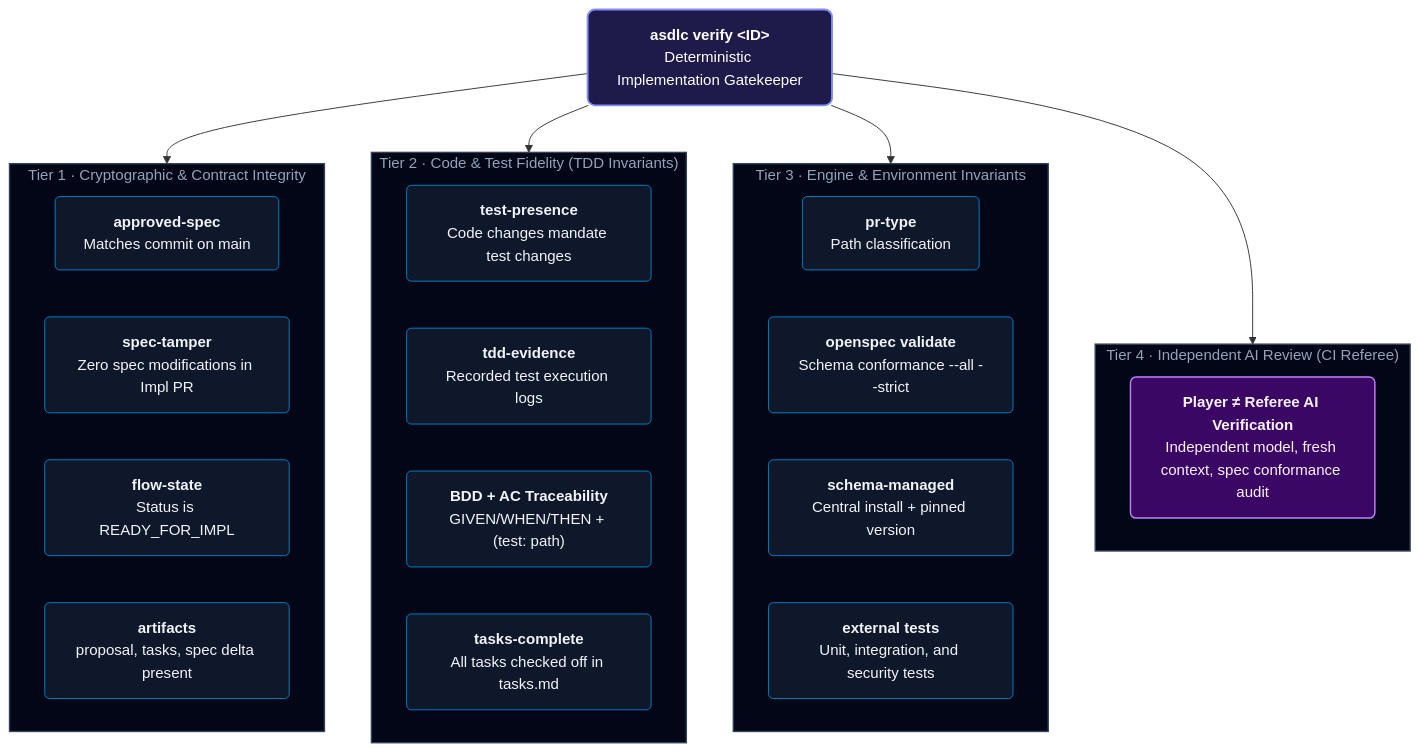
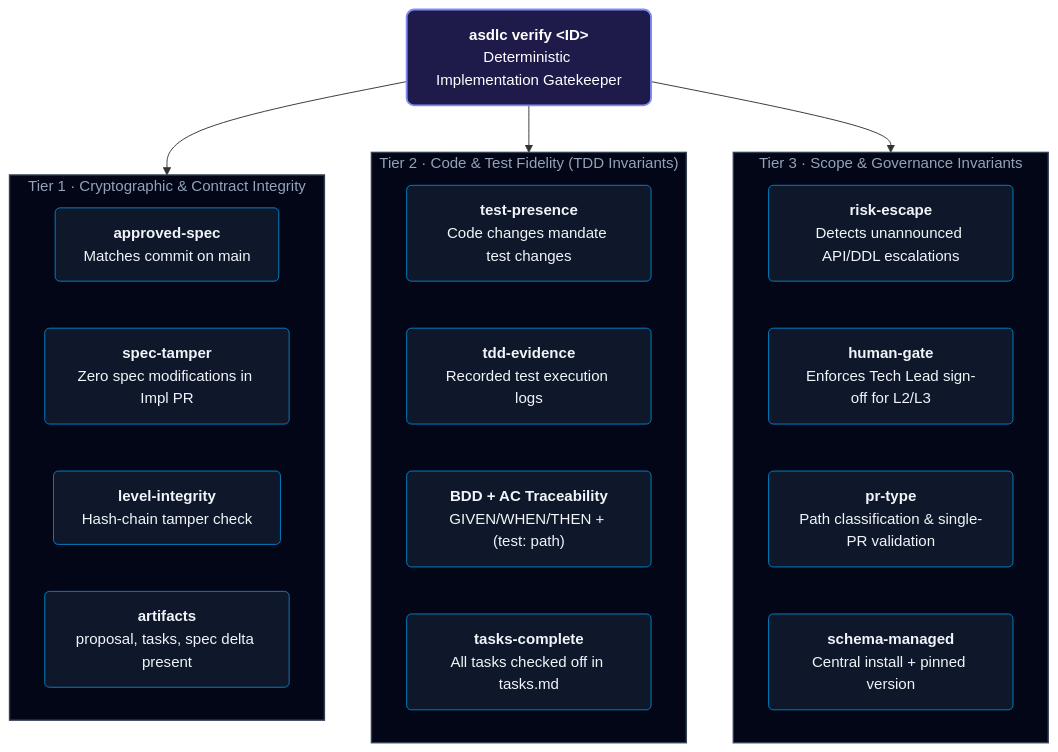
One commit to akjamie/agentic-sdlc changed the second of 2 diagrams in README.md. Above: the diagram before and after it, drawn with Mermaid. The commit also changed other lines of this file, not shown here.

Commit message:
docs: overhaul README with adaptive dual-track L0-L3 governance, quickstart, and architecture

````diff
--- a/README.md
+++ b/README.md
@@ -318,44 +235,37 @@
 ```mermaid
 flowchart TD
     V["<b>asdlc verify &lt;ID&gt;</b><br/>Deterministic Implementation Gatekeeper"]
 
     subgraph TIER1 ["Tier 1 · Cryptographic & Contract Integrity"]
         G_APPROVED["<b>approved-spec</b><br/>Matches commit on main"]
         G_TAMPER["<b>spec-tamper</b><br/>Zero spec modifications in Impl PR"]
-        G_STATE["<b>flow-state</b><br/>Status is READY_FOR_IMPL"]
+        G_LEVEL["<b>level-integrity</b><br/>Hash-chain tamper check"]
         G_ARTIFACTS["<b>artifacts</b><br/>proposal, tasks, spec delta present"]
     end
 
     subgraph TIER2 ["Tier 2 · Code & Test Fidelity (TDD Invariants)"]
         G_PRESENCE["<b>test-presence</b><br/>Code changes mandate test changes"]
         G_TDD["<b>tdd-evidence</b><br/>Recorded test execution logs"]
         G_BDD["<b>BDD + AC Traceability</b><br/>GIVEN/WHEN/THEN + (test: path)"]
         G_TASKS["<b>tasks-complete</b><br/>All tasks checked off in tasks.md"]
     end
 
-    subgraph TIER3 ["Tier 3 · Engine & Environment Invariants"]
-        G_PR["<b>pr-type</b><br/>Path classification"]
-        G_OPENSPEC["<b>openspec validate</b><br/>Schema conformance --all --strict"]
+    subgraph TIER3 ["Tier 3 · Scope & Governance Invariants"]
+        G_ESCAPE["<b>risk-escape</b><br/>Detects unannounced API/DDL escalations"]
+        G_HUMAN["<b>human-gate</b><br/>Enforces Tech Lead sign-off for L2/L3"]
+        G_PR["<b>pr-type</b><br/>Path classification & single-PR validation"]
         G_SCHEMA["<b>schema-managed</b><br/>Central install + pinned version"]
-        G_EXTERNAL["<b>external tests</b><br/>Unit, integration, and security tests"]
-    end
-
-    subgraph TIER4 ["Tier 4 · Independent AI Review (CI Referee)"]
-        G_AI["<b>Player ≠ Referee AI Verification</b><br/>Independent model, fresh context, spec conformance audit"]
     end
 
     V --> TIER1
     V --> TIER2
     V --> TIER3
-    V --> TIER4
 
     classDef rootStyle fill:#1e1b4b,stroke:#818cf8,stroke-width:2px,color:#ffffff,rx:8px,ry:8px;
     classDef tierStyle fill:#020617,stroke:#334155,stroke-width:1.5px,color:#94a3b8;
     classDef gateStyle fill:#0f172a,stroke:#0284c7,stroke-width:1px,color:#f1f5f9,rx:5px,ry:5px;
-    classDef aiStyle fill:#3b0764,stroke:#c084fc,stroke-width:1.5px,color:#fdf4ff,rx:6px,ry:6px;
 
     class V rootStyle;
-    class TIER1,TIER2,TIER3,TIER4 tierStyle;
-    class G_APPROVED,G_TAMPER,G_STATE,G_ARTIFACTS,G_PRESENCE,G_TDD,G_BDD,G_TASKS,G_PR,G_OPENSPEC,G_SCHEMA,G_EXTERNAL gateStyle;
-    class G_AI aiStyle;
+    class TIER1,TIER2,TIER3 tierStyle;
+    class G_APPROVED,G_TAMPER,G_LEVEL,G_ARTIFACTS,G_PRESENCE,G_TDD,G_BDD,G_TASKS,G_ESCAPE,G_HUMAN,G_PR,G_SCHEMA gateStyle;
 ```
````
